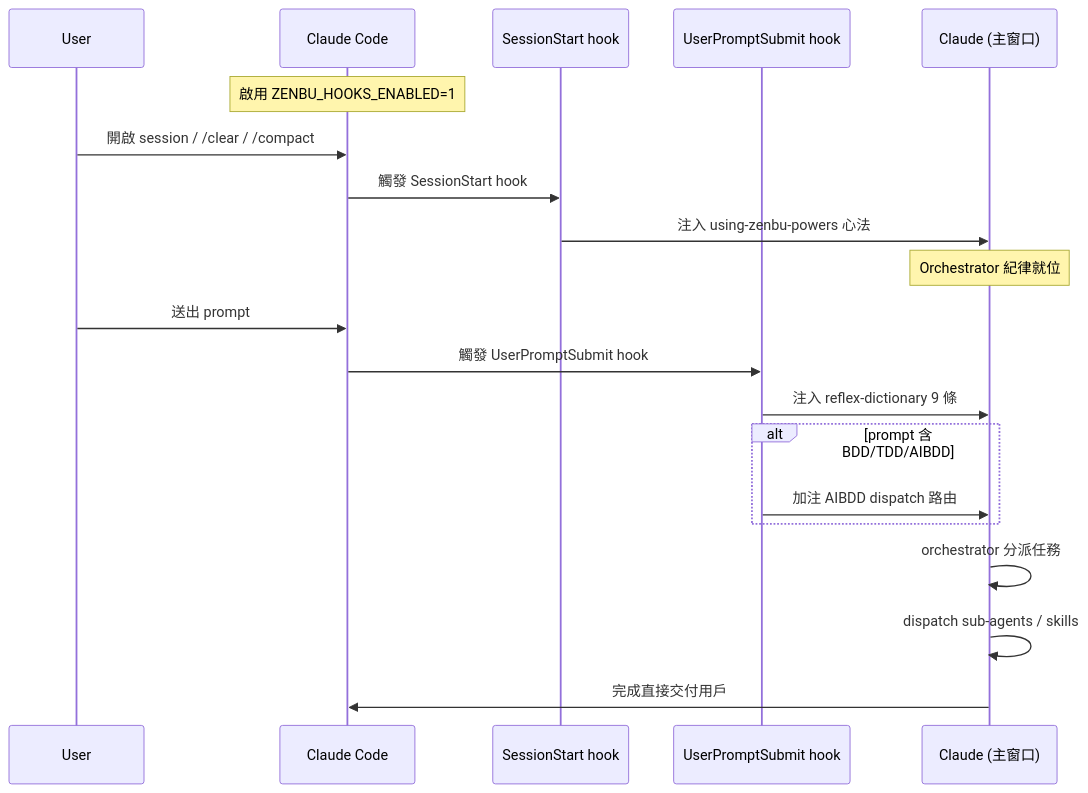
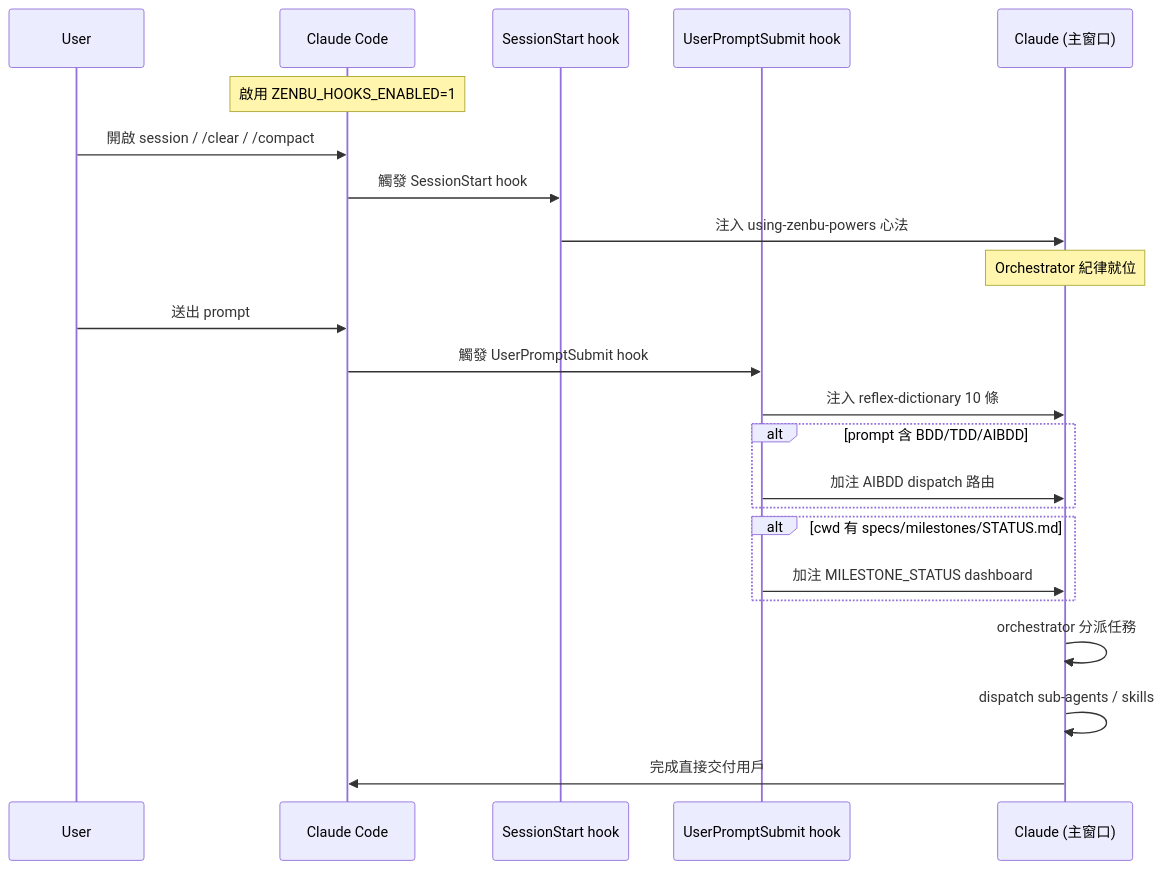
One commit to zenbuapps/zenbu-powers changed the second of 2 diagrams in README.md. Above: the diagram before and after it, drawn with Mermaid. The commit also changed other lines of this file, not shown here.

First line of the commit message:
docs(README): 加入 milestone-tracker skill 完整介紹

````diff
--- a/README.md
+++ b/README.md
@@ -362,25 +366,28 @@
 ```mermaid
 sequenceDiagram
     participant U as User
     participant CC as Claude Code
     participant H1 as SessionStart hook
     participant H2 as UserPromptSubmit hook
     participant LLM as Claude (主窗口)
 
     Note over CC: 啟用 ZENBU_HOOKS_ENABLED=1
 
     U->>CC: 開啟 session / /clear / /compact
     CC->>H1: 觸發 SessionStart hook
     H1->>LLM: 注入 using-zenbu-powers 心法
     Note over LLM: Orchestrator 紀律就位
 
     U->>CC: 送出 prompt
     CC->>H2: 觸發 UserPromptSubmit hook
-    H2->>LLM: 注入 reflex-dictionary 9 條
+    H2->>LLM: 注入 reflex-dictionary 10 條
     alt prompt 含 BDD/TDD/AIBDD
         H2->>LLM: 加注 AIBDD dispatch 路由
+    end
+    alt cwd 有 specs/milestones/STATUS.md
+        H2->>LLM: 加注 MILESTONE_STATUS dashboard
     end
     LLM->>LLM: orchestrator 分派任務
     LLM->>LLM: dispatch sub-agents / skills
     LLM->>CC: 完成直接交付用戶
 ```
````
